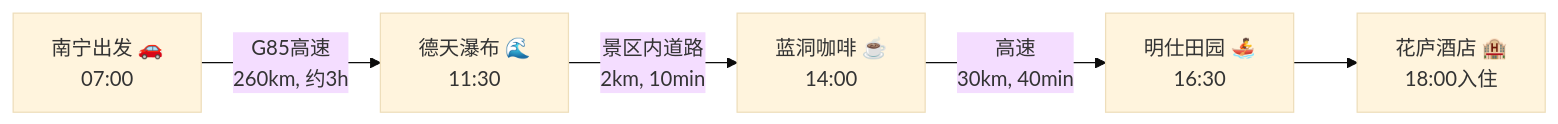
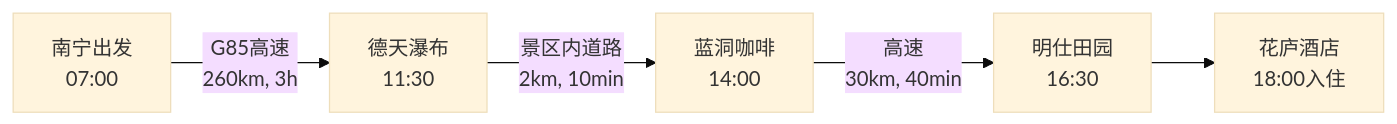
Before and after one commit to yzfneo/yzfneo.github.io: the third of 4 diagrams in _posts/2025-12-09-guangxi-travel.md, drawn with Mermaid (base theme). The commit also changed other lines of this file, not shown here.

First line of the commit message:
docs: enhance travel itinerary layout with Mermaid and table formatting

````diff
--- a/_posts/2025-12-09-guangxi-travel.md
+++ b/_posts/2025-12-09-guangxi-travel.md
@@ -94,8 +95,8 @@
 ```mermaid
 graph LR
-    A[南宁出发 🚗\n07:00]
-    A -->|G85高速\n260km, 约3h| B[德天瀑布 🌊\n11:30]
-    B -->|景区内道路\n2km, 10min| C[蓝洞咖啡 ☕\n14:00]
-    C -->|高速\n30km, 40min| D[明仕田园 🚣\n16:30]
-    D --> E[花庐酒店 🏨\n18:00入住]
+    A[南宁出发<br/>07:00]
+    A -->|G85高速<br/>260km, 3h| B[德天瀑布<br/>11:30]
+    B -->|景区内道路<br/>2km, 10min| C[蓝洞咖啡<br/>14:00]
+    C -->|高速<br/>30km, 40min| D[明仕田园<br/>16:30]
+    D --> E[花庐酒店<br/>18:00入住]
 ```
````
